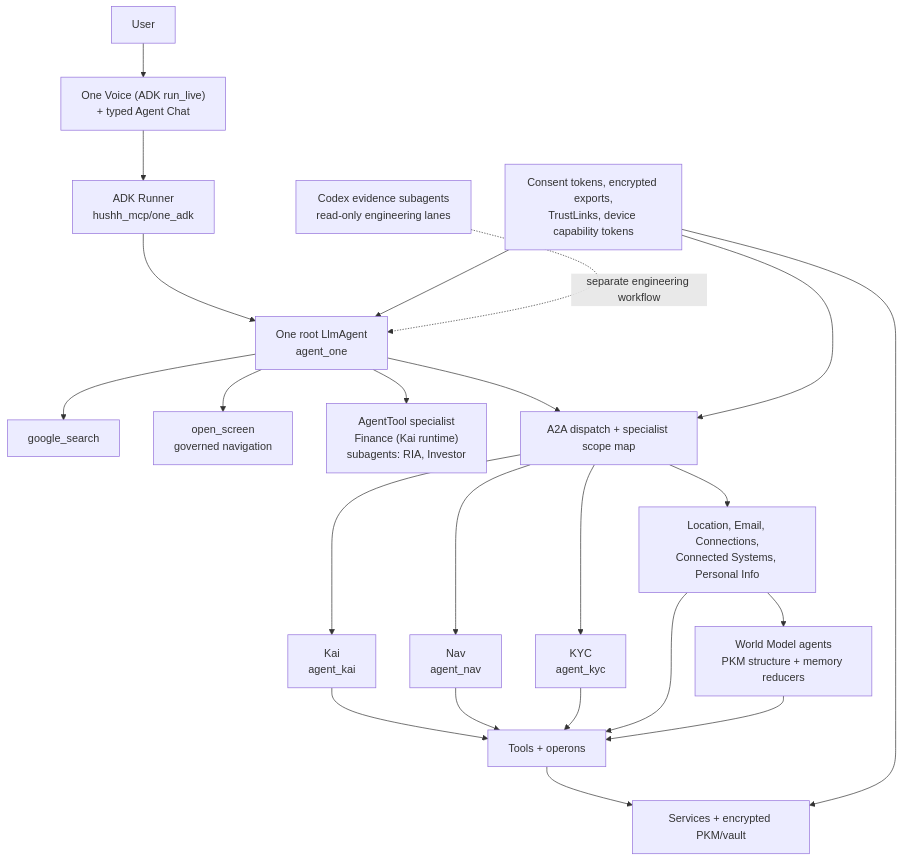
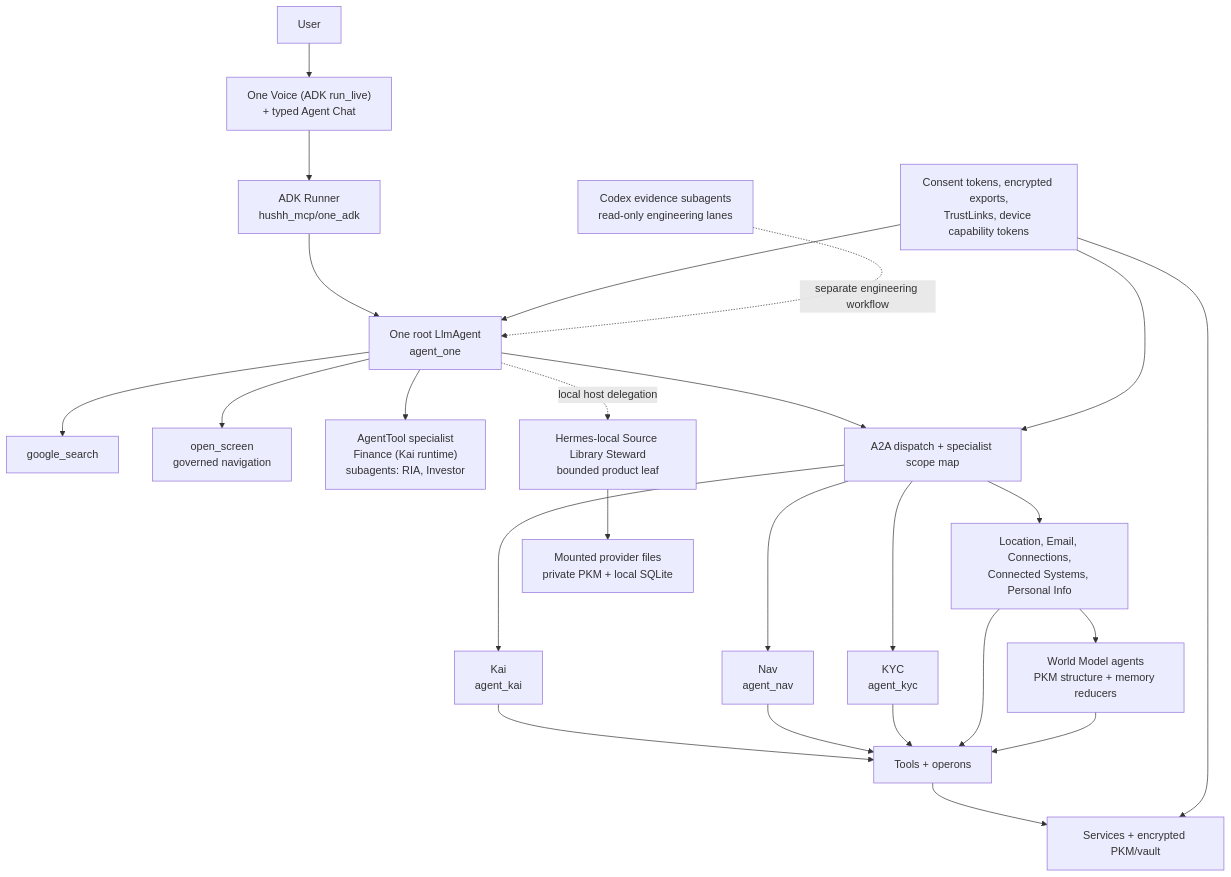
One commit to hushh-labs/hushh-research changed the diagram in docs/reference/one/one-agent-hierarchy.md. Above: the diagram before and after it, drawn with Mermaid. The commit also changed other lines of this file and 43 other files, not shown here.

Commit message:
feat(pkm): make source library a private capability

````diff
--- a/docs/reference/one/one-agent-hierarchy.md
+++ b/docs/reference/one/one-agent-hierarchy.md
@@ -5,43 +5,47 @@
 ```mermaid
 flowchart TD
   user["User"]
   voice["One Voice (ADK run_live)<br/>+ typed Agent Chat"]
   runner["ADK Runner<br/>hushh_mcp/one_adk"]
   one["One root LlmAgent<br/>agent_one"]
   search["google_search"]
   nav_tool["open_screen<br/>governed navigation"]
   agenttools["AgentTool specialist<br/>Finance (Kai runtime)<br/>subagents: RIA, Investor"]
   a2a["A2A dispatch + specialist scope map"]
   kai["Kai<br/>agent_kai"]
   nav["Nav<br/>agent_nav"]
   kyc["KYC<br/>agent_kyc"]
   support["Location, Email, Connections,<br/>Connected Systems, Personal Info"]
   memory["World Model agents<br/>PKM structure + memory reducers"]
+  source["Hermes-local Source Library Steward<br/>bounded product leaf"]
+  sourceplane["Mounted provider files<br/>private PKM + local SQLite"]
   operons["Tools + operons"]
   services["Services + encrypted PKM/vault"]
   consent["Consent tokens, encrypted exports,<br/>TrustLinks, device capability tokens"]
   codex["Codex evidence subagents<br/>read-only engineering lanes"]
 
   user --> voice
   voice --> runner
   runner --> one
   one --> search
   one --> nav_tool
   one --> agenttools
   one --> a2a
+  one -.local host delegation.-> source
   a2a --> kai
   a2a --> nav
   a2a --> kyc
   a2a --> support
   support --> memory
   kai --> operons
   nav --> operons
   kyc --> operons
   support --> operons
   memory --> operons
+  source --> sourceplane
   operons --> services
   consent --> one
   consent --> a2a
   consent --> services
   codex -.separate engineering workflow.-> one
 ```
````
